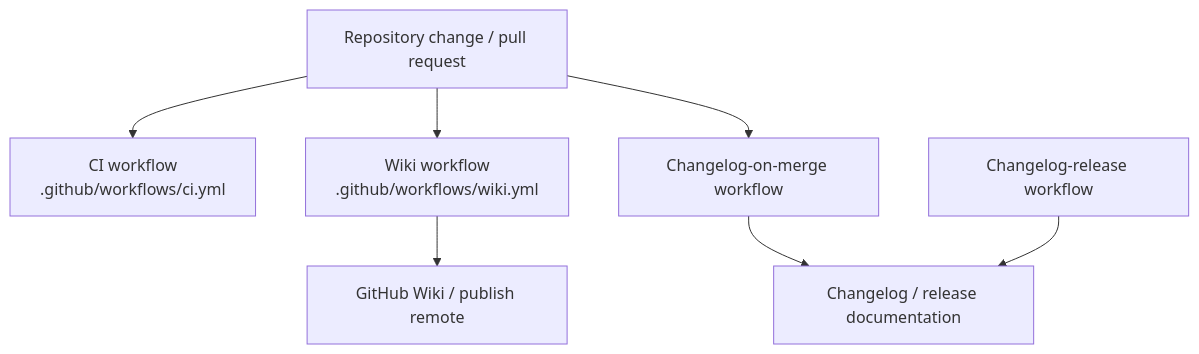
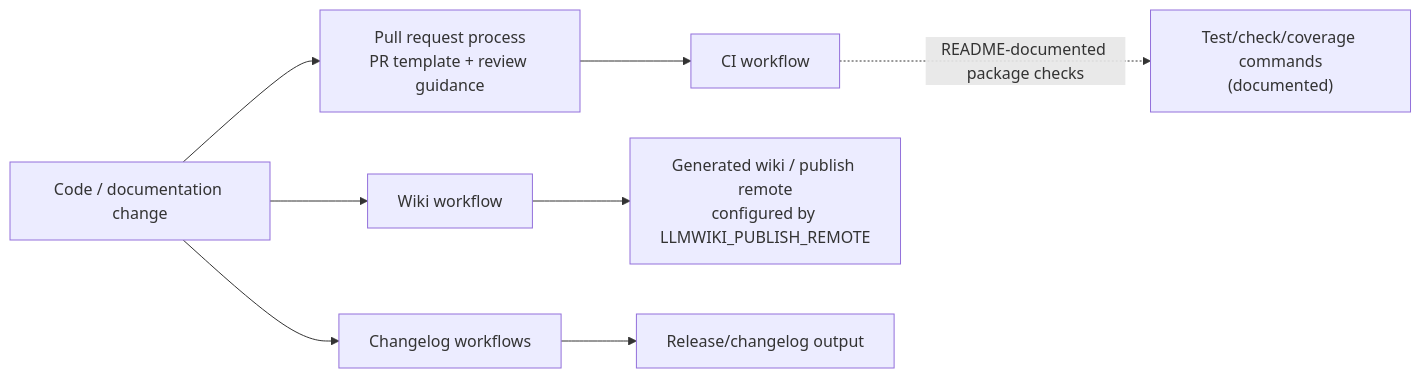
Before and after one commit to mfittko/repo-wiki: the third of 3 diagrams in Architecture.md, drawn with Mermaid. The commit also changed other lines of this file and 43 other files, not shown here.

Commit message:
Compile repository wiki 2026-05-15T10:40:36.235Z

````diff
--- a/Architecture.md
+++ b/Architecture.md
@@ -233,17 +251,19 @@
 ```mermaid
-flowchart TD
-    Change["Repository change / pull request"]
-    CI["CI workflow<br/>.github/workflows/ci.yml"]
-    WikiWF["Wiki workflow<br/>.github/workflows/wiki.yml"]
-    ChangelogMerge["Changelog-on-merge workflow"]
-    ChangelogRelease["Changelog-release workflow"]
-    WikiRemote["GitHub Wiki / publish remote"]
-    ReleaseDocs["Changelog / release documentation"]
+flowchart LR
+  Change["Code / documentation change"]
+  PR["Pull request process\nPR template + review guidance"]
+  CI["CI workflow"]
+  Tests["Test/check/coverage commands\n(documented)"]
+  WikiWF["Wiki workflow"]
+  WikiOut["Generated wiki / publish remote\nconfigured by LLMWIKI_PUBLISH_REMOTE"]
+  Changelog["Changelog workflows"]
+  Release["Release/changelog output"]
 
-    Change --> CI
-    Change --> WikiWF
-    WikiWF --> WikiRemote
-    Change --> ChangelogMerge
-    ChangelogMerge --> ReleaseDocs
-    ChangelogRelease --> ReleaseDocs
+  Change --> PR
+  PR --> CI
+  CI -. "README-documented package checks" .-> Tests
+  Change --> WikiWF
+  WikiWF --> WikiOut
+  Change --> Changelog
+  Changelog --> Release
 ```
````
